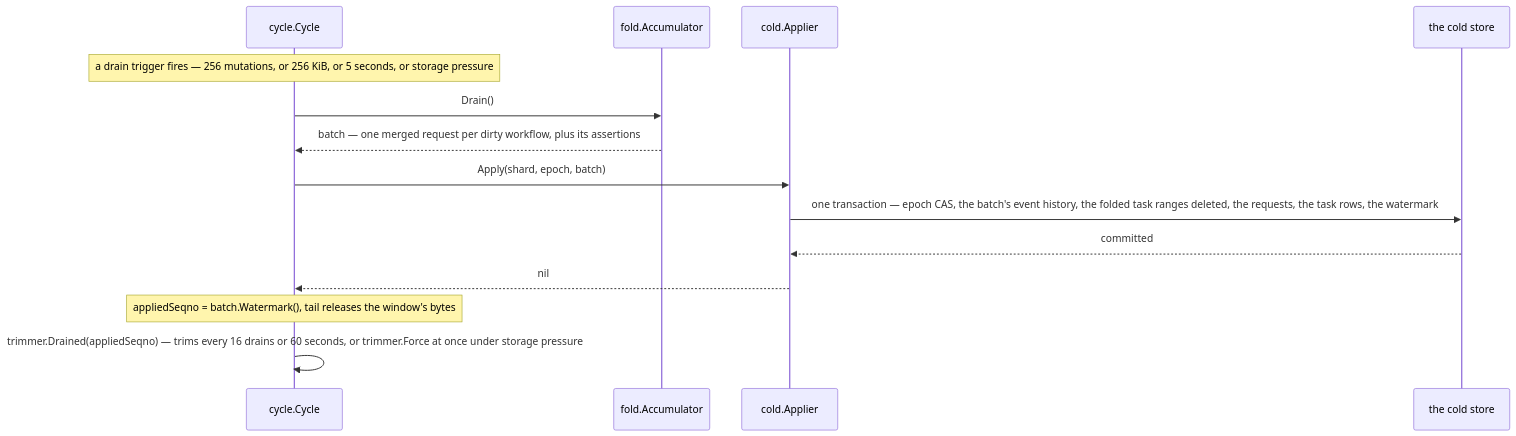
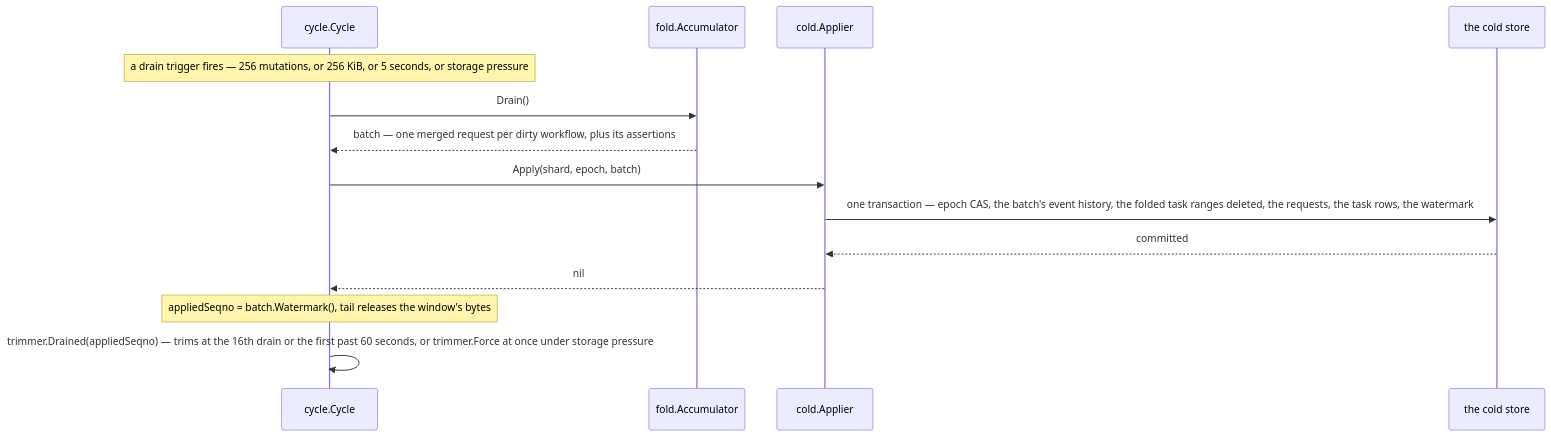
One commit to aromanovich/waltz changed the second of 10 diagrams in docs/handbook/05-write-path.md. Above: the diagram before and after it, drawn with Mermaid. The commit also changed other lines of this file and 29 other files, not shown here.

````diff
--- a/docs/handbook/05-write-path.md
+++ b/docs/handbook/05-write-path.md
@@ -150,17 +150,17 @@
 ```mermaid
 sequenceDiagram
   participant CY as cycle.Cycle
   participant ACC as fold.Accumulator
   participant AP as cold.Applier
   participant CS as the cold store
 
   Note over CY: a drain trigger fires — 256 mutations, or 256 KiB, or 5 seconds, or storage pressure
   CY->>ACC: Drain()
   ACC-->>CY: batch — one merged request per dirty workflow, plus its assertions
   CY->>AP: Apply(shard, epoch, batch)
   AP->>CS: one transaction — epoch CAS, the batch's event history, the folded task ranges deleted, the requests, the task rows, the watermark
   CS-->>AP: committed
   AP-->>CY: nil
   Note over CY: appliedSeqno = batch.Watermark(), tail releases the window's bytes
-  CY->>CY: trimmer.Drained(appliedSeqno) — trims every 16 drains or 60 seconds, or trimmer.Force at once under storage pressure
+  CY->>CY: trimmer.Drained(appliedSeqno) — trims at the 16th drain or the first past 60 seconds, or trimmer.Force at once under storage pressure
 ```
````
